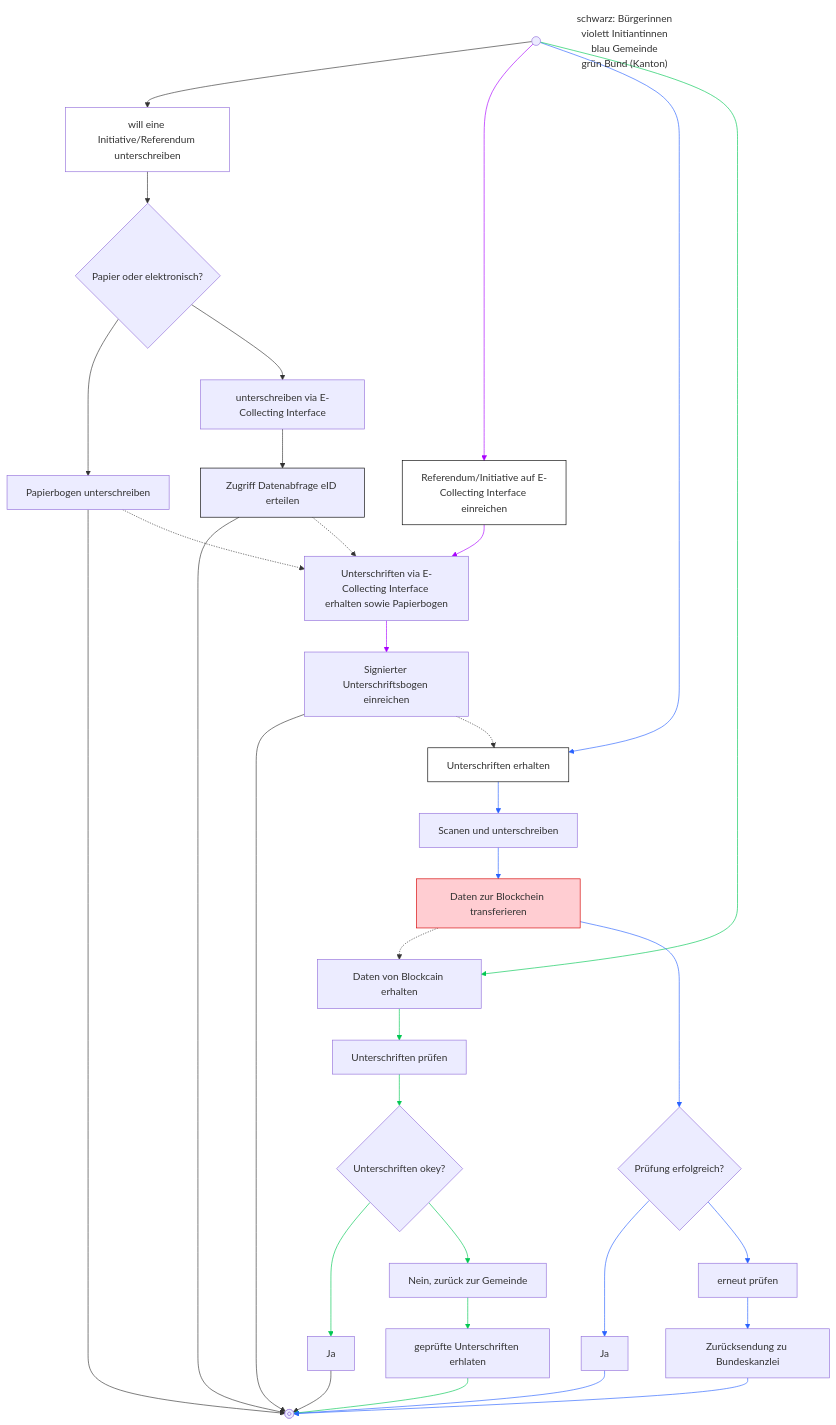
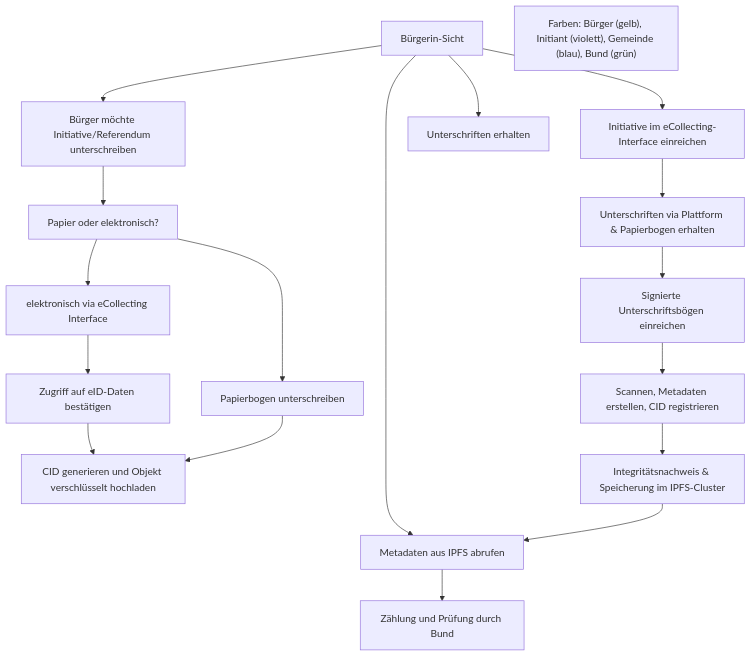
The diagram in README.md (swiss/e-collecting-hackathon-team1), drawn with Mermaid before and after one commit. The commit also changed other lines of this file, not shown here.

````diff
--- a/README.md
+++ b/README.md
@@ -169,66 +170,16 @@
 ```mermaid
 flowchart TB
-    A["will eine Initiative/Referendum unterschreiben"] --> B["Papier oder elektronisch?"]
-    B --> C["Papierbogen unterschreiben"] & D["unterschreiben via E-Collecting Interface"]
-    n1["Bürgerin-Sicht"] --> A & n4["Referendum/Initiative auf E-Collecting Interface einreichen"] & n8["Unterschriften erhalten"] & n11["Daten von Blockcain erhalten"]
-    D --> n2["Zugriff Datenabfrage eID erteilen"]
-    n2 --> n3["Untitled Node"]
+    A["Bürger möchte Initiative/Referendum unterschreiben"] --> B["Papier oder elektronisch?"]
+    B --> C["Papierbogen unterschreiben"] & D["elektronisch via eCollecting Interface"]
+    n1["Bürgerin-Sicht"] --> A & n4["Initiative im eCollecting-Interface einreichen"] & n8["Unterschriften erhalten"] & n11["Metadaten aus IPFS abrufen"]
+    D --> n2["Zugriff auf eID-Daten bestätigen"]
+    n2 --> n3["CID generieren und Objekt verschlüsselt hochladen"]
     C --> n3
-    n4 --> n5["Unterschriften via E-Collecting Interface erhalten sowie Papierbogen"]
-    n5 --> n7["Signierter Unterschriftsbogen einreichen"]
-    n2 -.-> n5
-    n7 --> n3
-    C -.-> n5
-    n7 -.-> n8
-    n8 --> n9["Scanen und unterschreiben"]
-    n9 --> n10["Daten zur Blockchein transferieren"]
-    n10 -.-> n11
-    n10 --> n12["Prüfung erfolgreich?"]
-    n12 --> n13["Ja"] & n18["erneut prüfen"]
-    n13 --> n3
-    n11 --> n14["Unterschriften prüfen"]
-    n14 --> n15["Unterschriften okey?"]
-    n15 --> n16["Ja"] & n17["Nein, zurück zur Gemeinde"]
-    n16 --> n3
-    n17 --> n19["geprüfte Unterschriften erhlaten"]
-    n19 --> n3
-    n18 --> n20["Zurücksendung zu Bundeskanzlei"]
-    n20 --> n3
-    n21["schwarz: Bürgerinnen<br>violett Initiantinnen<br>blau Gemeinde<br>grün Bund (Kanton)"]
-    A@{ shape: proc}
-    B@{ shape: decision}
-    D@{ shape: rect}
-    n1@{ shape: start}
-    n4@{ shape: proc}
-    n3@{ shape: stop}
-    n12@{ shape: decision}
-    n15@{ shape: decision}
-    n21@{ shape: text}
-    style A fill:transparent
-    style n1 stroke:#FFD600,color:#FF6D00
-    style n4 fill:transparent,stroke:#000000
-    style n8 stroke:#000000,fill:transparent
-    style n2 stroke:#000000
-    style n10 stroke:#D50000,fill:#FFCDD2
-    linkStyle 4 stroke:#AA00FF,fill:none
-    linkStyle 5 stroke:#2962FF,fill:none
-    linkStyle 6 stroke:#00C853,fill:none
-    linkStyle 10 stroke:#AA00FF,fill:none
-    linkStyle 11 stroke:#AA00FF,fill:none
-    linkStyle 16 stroke:#2962FF,fill:none
-    linkStyle 17 stroke:#2962FF,fill:none
-    linkStyle 19 stroke:#2962FF,fill:none
-    linkStyle 20 stroke:#2962FF,fill:none
-    linkStyle 21 stroke:#2962FF,fill:none
-    linkStyle 22 stroke:#2962FF,fill:none
-    linkStyle 23 stroke:#00C853,fill:none
-    linkStyle 24 stroke:#00C853,fill:none
-    linkStyle 25 stroke:#00C853,fill:none
-    linkStyle 26 stroke:#00C853,fill:none
-    linkStyle 28 stroke:#00C853,fill:none
-    linkStyle 29 stroke:#00C853,fill:none
-    linkStyle 30 stroke:#2962FF,fill:none
-    linkStyle 31 stroke:#2962FF,fill:none
-
-
+    n4 --> n5["Unterschriften via Plattform & Papierbogen erhalten"]
+    n5 --> n7["Signierte Unterschriftsbögen einreichen"]
+    n7 --> n9["Scannen, Metadaten erstellen, CID registrieren"]
+    n9 --> n10["Integritätsnachweis & Speicherung im IPFS-Cluster"]
+    n10 --> n11
+    n11 --> n12["Zählung und Prüfung durch Bund"]
+    n21["Farben: Bürger (gelb), Initiant (violett), Gemeinde (blau), Bund (grün)"]
 ```
````
